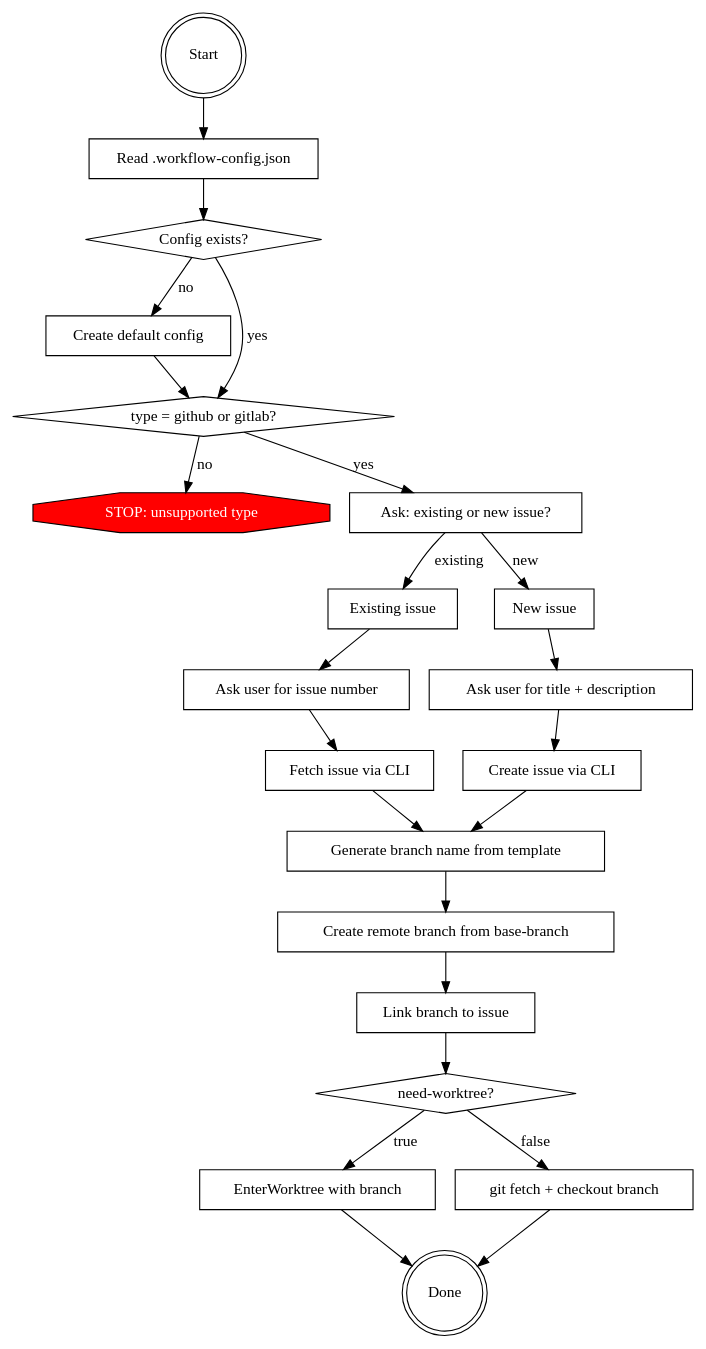
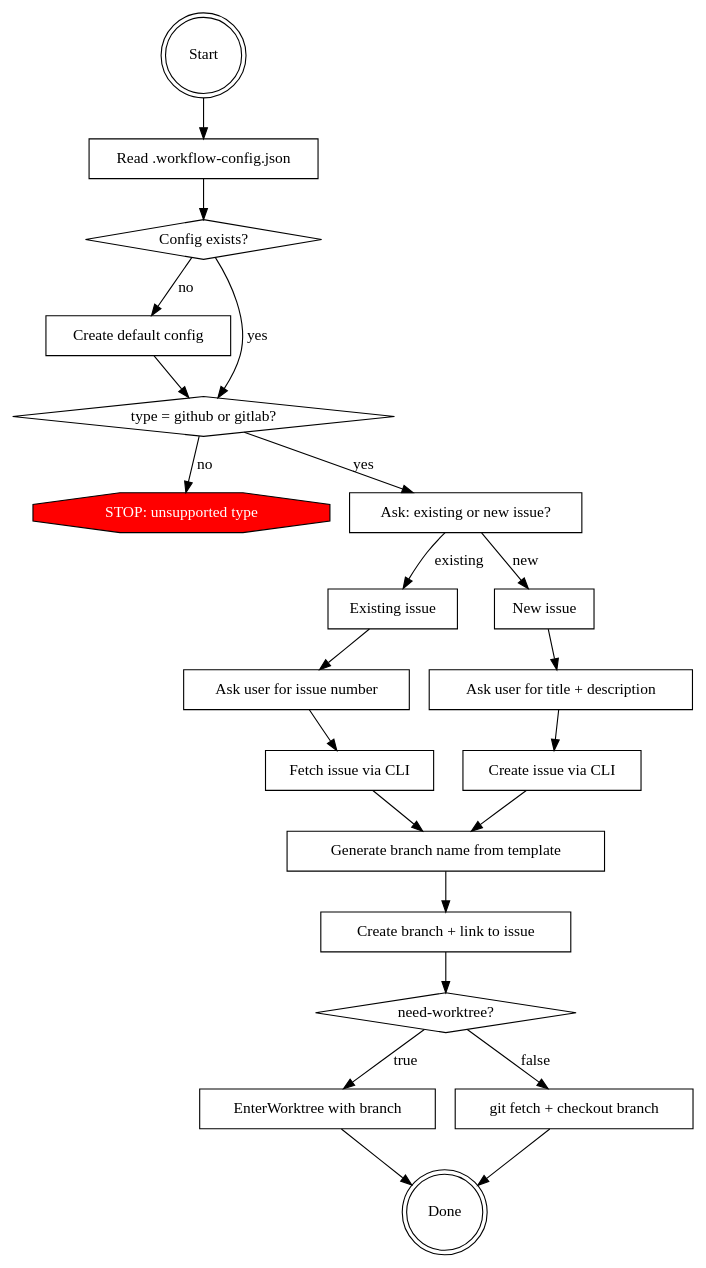
The diagram in skills/issue-init/SKILL.md (neil-wang-global/neil-skills), drawn with Graphviz before and after one commit. The commit also changed other lines of this file, not shown here.

First line of the commit message:
fix(issue-init): use `gh issue develop --name` for branch creation and linking

````diff
--- a/skills/issue-init/SKILL.md
+++ b/skills/issue-init/SKILL.md
@@ -16,47 +16,45 @@
 ```dot
 digraph issue_init {
     "Start" [shape=doublecircle];
     "Read .workflow-config.json" [shape=box];
     "Config exists?" [shape=diamond];
     "Create default config" [shape=box];
     "type = github or gitlab?" [shape=diamond];
     "STOP: unsupported type" [shape=octagon, style=filled, fillcolor=red, fontcolor=white];
     "Ask: existing or new issue?" [shape=box];
     "Existing issue" [shape=box];
     "New issue" [shape=box];
     "Ask user for issue number" [shape=box];
     "Fetch issue via CLI" [shape=box];
     "Ask user for title + description" [shape=box];
     "Create issue via CLI" [shape=box];
     "Generate branch name from template" [shape=box];
-    "Create remote branch from base-branch" [shape=box];
-    "Link branch to issue" [shape=box];
+    "Create branch + link to issue" [shape=box];
     "need-worktree?" [shape=diamond];
     "EnterWorktree with branch" [shape=box];
     "git fetch + checkout branch" [shape=box];
     "Done" [shape=doublecircle];
 
     "Start" -> "Read .workflow-config.json";
     "Read .workflow-config.json" -> "Config exists?";
     "Config exists?" -> "type = github or gitlab?" [label="yes"];
     "Config exists?" -> "Create default config" [label="no"];
     "Create default config" -> "type = github or gitlab?";
     "type = github or gitlab?" -> "Ask: existing or new issue?" [label="yes"];
     "type = github or gitlab?" -> "STOP: unsupported type" [label="no"];
     "Ask: existing or new issue?" -> "Existing issue" [label="existing"];
     "Ask: existing or new issue?" -> "New issue" [label="new"];
     "Existing issue" -> "Ask user for issue number";
     "Ask user for issue number" -> "Fetch issue via CLI";
     "New issue" -> "Ask user for title + description";
     "Ask user for title + description" -> "Create issue via CLI";
     "Fetch issue via CLI" -> "Generate branch name from template";
     "Create issue via CLI" -> "Generate branch name from template";
-    "Generate branch name from template" -> "Create remote branch from base-branch";
-    "Create remote branch from base-branch" -> "Link branch to issue";
-    "Link branch to issue" -> "need-worktree?";
+    "Generate branch name from template" -> "Create branch + link to issue";
+    "Create branch + link to issue" -> "need-worktree?";
     "need-worktree?" -> "EnterWorktree with branch" [label="true"];
     "need-worktree?" -> "git fetch + checkout branch" [label="false"];
     "EnterWorktree with branch" -> "Done";
     "git fetch + checkout branch" -> "Done";
 }
 ```
````
